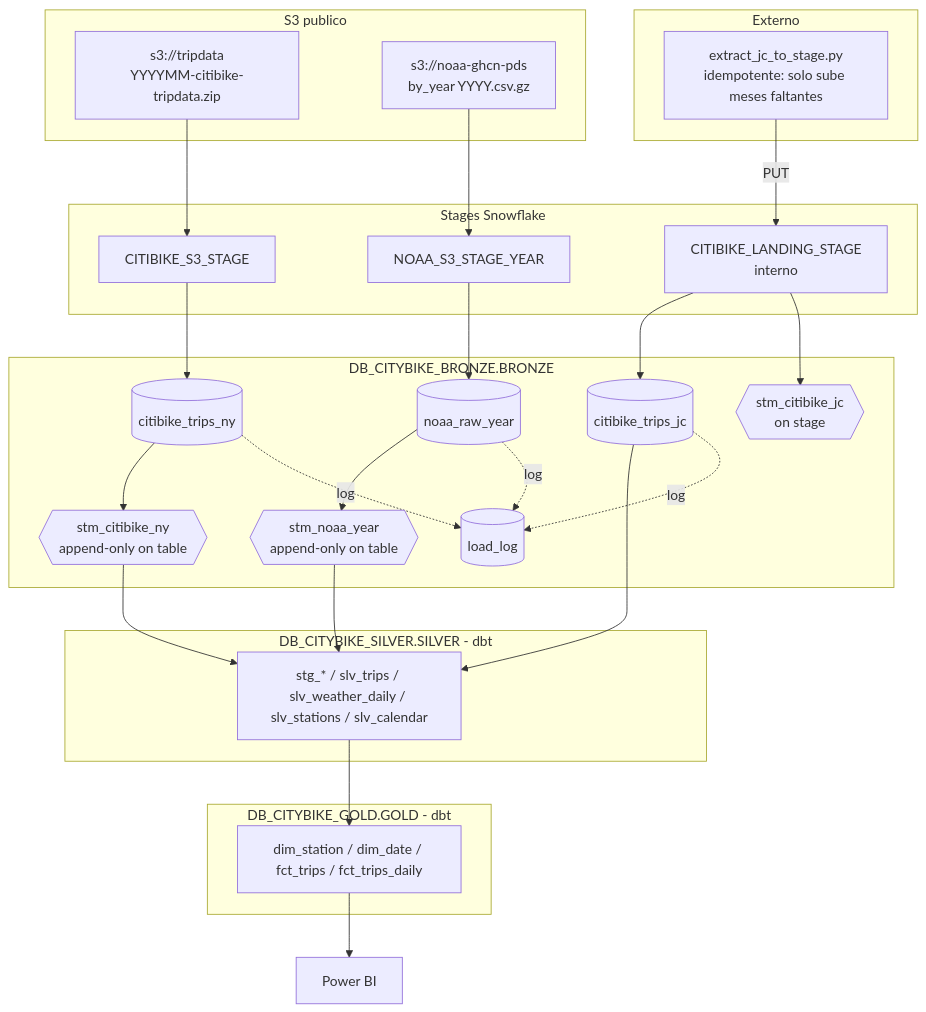
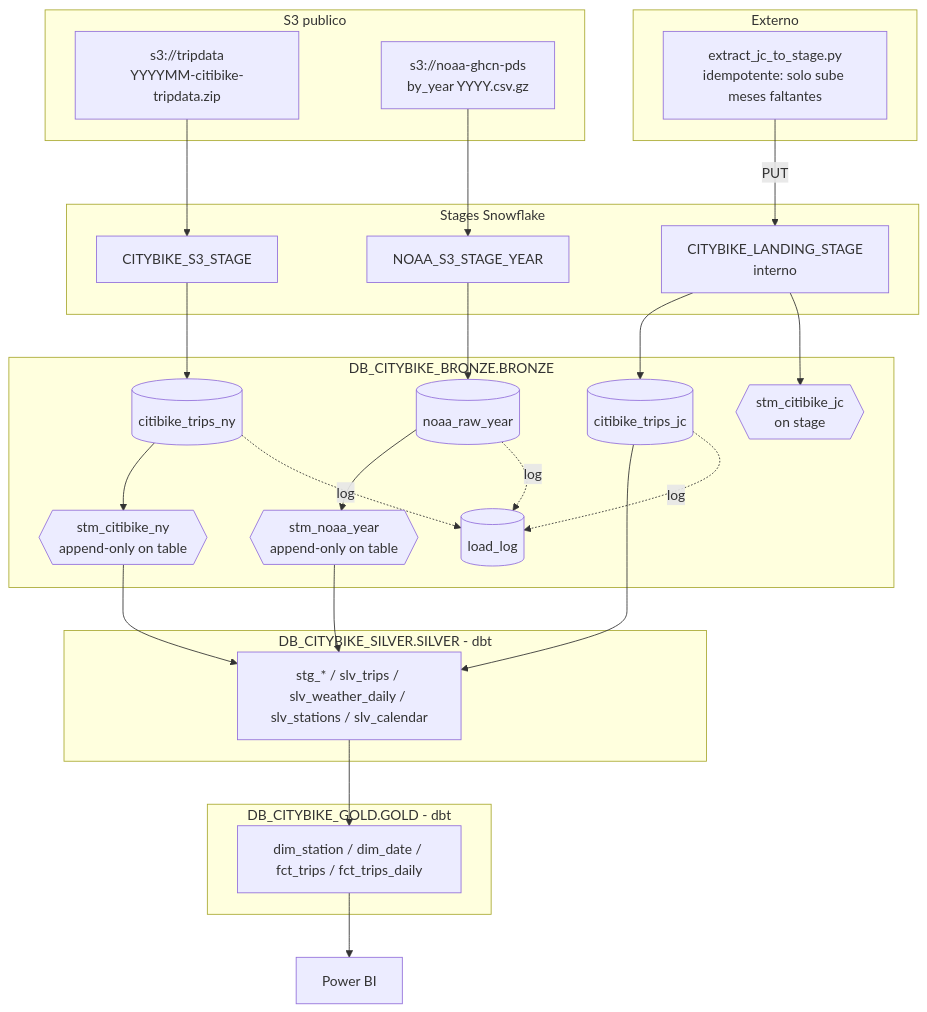
One commit to Rlizaran/Snowflake_proyect changed the first of 2 diagrams in README.md. Above: the diagram before and after it, drawn with Mermaid. The commit also changed 11 other files, not shown here.

````diff
--- a/README.md
+++ b/README.md
@@ -14,55 +14,55 @@
 ```mermaid
 flowchart TD
     subgraph EXT[Externo]
         PY[extract_jc_to_stage.py<br/>idempotente: solo sube meses faltantes]
     end
 
     subgraph S3[S3 publico]
         S3NY[s3://tripdata<br/>YYYYMM-citibike-tripdata.zip]
         S3NOAA[s3://noaa-ghcn-pds<br/>by_year YYYY.csv.gz]
     end
 
     subgraph STAGES[Stages Snowflake]
-        STG_NY[CITIBIKE_S3_STAGE]
-        STG_JC[CITIBIKE_LANDING_STAGE<br/>interno]
+        STG_NY[CITYBIKE_S3_STAGE]
+        STG_JC[CITYBIKE_LANDING_STAGE<br/>interno]
         STG_NOAA[NOAA_S3_STAGE_YEAR]
     end
 
     subgraph BRONZE[DB_CITYBIKE_BRONZE.BRONZE]
         T_NY[(citibike_trips_ny)]
         T_JC[(citibike_trips_jc)]
         T_NOAA[(noaa_raw_year)]
         LOG[(load_log)]
         STM_NY{{stm_citibike_ny<br/>append-only on table}}
         STM_JC{{stm_citibike_jc<br/>on stage}}
         STM_NOAA{{stm_noaa_year<br/>append-only on table}}
     end
 
     subgraph SILVER[DB_CITYBIKE_SILVER.SILVER - dbt]
         SLV[stg_* / slv_trips / slv_weather_daily / slv_stations / slv_calendar]
     end
 
     subgraph GOLD[DB_CITYBIKE_GOLD.GOLD - dbt]
         GLD[dim_station / dim_date / fct_trips / fct_trips_daily]
     end
 
     PBI[Power BI]
 
     S3NY --> STG_NY --> T_NY
     PY -- PUT --> STG_JC --> T_JC
     S3NOAA --> STG_NOAA --> T_NOAA
 
     T_NY --> STM_NY
     STG_JC --> STM_JC
     T_NOAA --> STM_NOAA
 
     STM_NY --> SLV
     STM_NOAA --> SLV
     T_JC --> SLV
 
     SLV --> GLD --> PBI
 
     T_NY -.log.-> LOG
     T_JC -.log.-> LOG
     T_NOAA -.log.-> LOG
 ```
````
